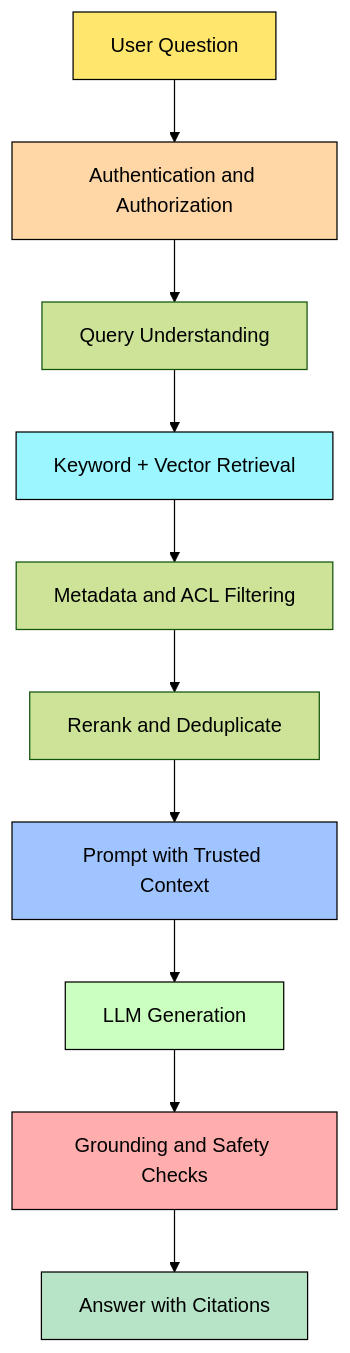
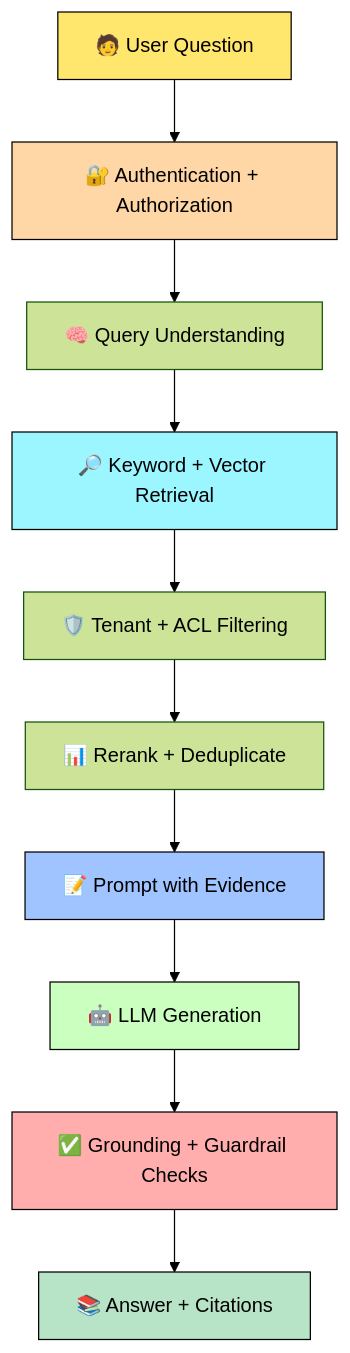
One commit to azam123/Engineering-Interview-Prep changed the first of 4 diagrams in 05-GenAI-RAG-Interview-QA.md. Above: the diagram before and after it, drawn with Mermaid (forest theme). The commit also changed other lines of this file, not shown here.

````diff
--- a/05-GenAI-RAG-Interview-QA.md
+++ b/05-GenAI-RAG-Interview-QA.md
@@ -63,20 +62,20 @@
 ```mermaid
 flowchart TD
-    A[User Question] --> B[Authentication and Authorization]
-    B --> C[Query Understanding]
-    C --> D[Keyword + Vector Retrieval]
-    D --> E[Metadata and ACL Filtering]
-    E --> F[Rerank and Deduplicate]
-    F --> G[Prompt with Trusted Context]
-    G --> H[LLM Generation]
-    H --> I[Grounding and Safety Checks]
-    I --> J[Answer with Citations]
+    A[🧑 User Question] --> B[🔐 Authentication + Authorization]
+    B --> C[🧠 Query Understanding]
+    C --> D[🔎 Keyword + Vector Retrieval]
+    D --> E[🛡️ Tenant + ACL Filtering]
+    E --> F[📊 Rerank + Deduplicate]
+    F --> G[📝 Prompt with Evidence]
+    G --> H[🤖 LLM Generation]
+    H --> I[✅ Grounding + Guardrail Checks]
+    I --> J[📚 Answer + Citations]
 
     style A fill:#ffe66d,color:#000,stroke:#000
     style B fill:#ffd6a5,color:#000,stroke:#000
     style D fill:#9bf6ff,color:#000,stroke:#000
     style G fill:#a0c4ff,color:#000,stroke:#000
     style H fill:#caffbf,color:#000,stroke:#000
     style I fill:#ffadad,color:#000,stroke:#000
     style J fill:#b7e4c7,color:#000,stroke:#000
 ```
````
